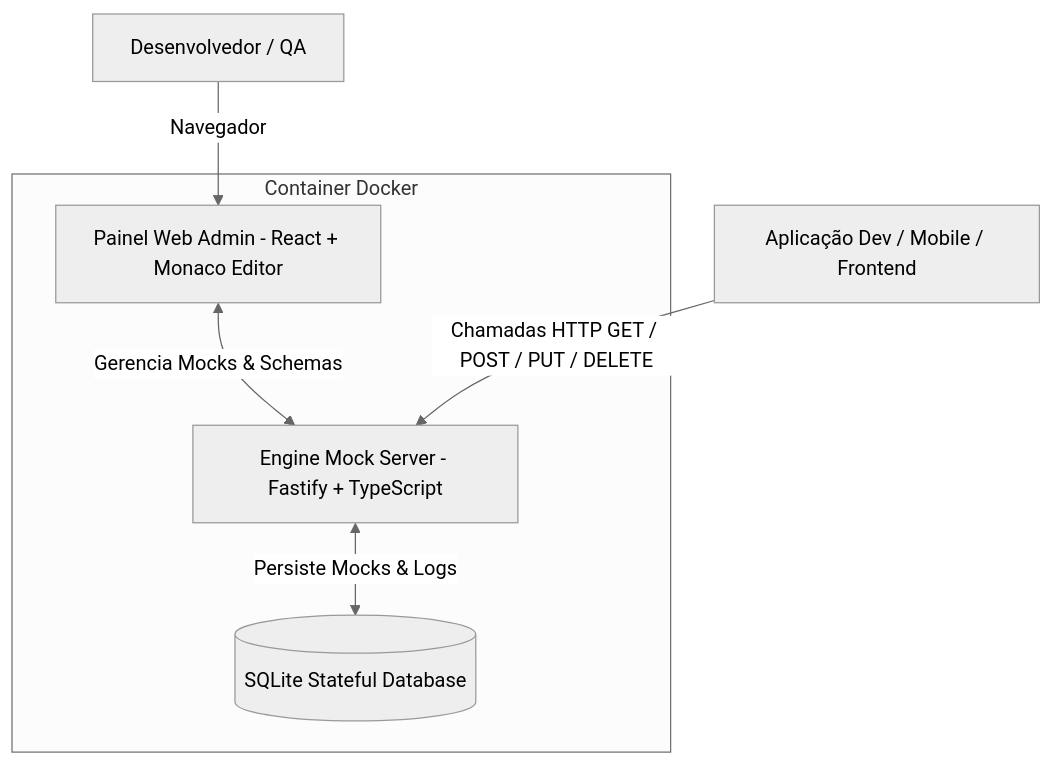
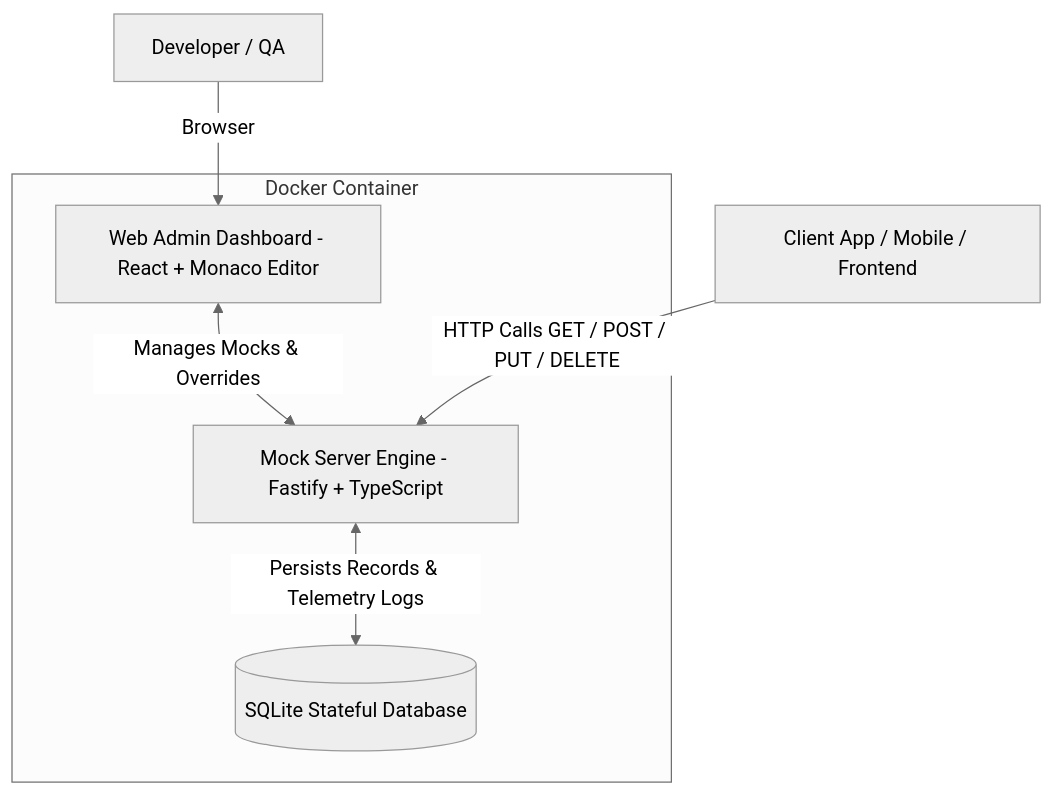
The diagram in README.md (viniciusfurtado/mockforge), drawn with Mermaid (neutral theme) before and after one commit. The commit also changed other lines of this file and 2 other files, not shown here.

````diff
--- a/README.md
+++ b/README.md
@@ -14,14 +19,14 @@
 ```mermaid
 flowchart TD
-    subgraph Container [Container Docker]
-        UI[Painel Web Admin - React + Monaco Editor]
-        API[Engine Mock Server - Fastify + TypeScript]
+    subgraph Container [Docker Container]
+        UI[Web Admin Dashboard - React + Monaco Editor]
+        API[Mock Server Engine - Fastify + TypeScript]
         DB[(SQLite Stateful Database)]
         
-        UI <-->|Gerencia Mocks & Schemas| API
-        API <-->|Persiste Mocks & Logs| DB
+        UI <-->|Manages Mocks & Overrides| API
+        API <-->|Persists Records & Telemetry Logs| DB
     end
 
-    Dev[Desenvolvedor / QA] -->|Navegador| UI
-    App[Aplicação Dev / Mobile / Frontend] -->|Chamadas HTTP GET / POST / PUT / DELETE| API
+    Dev[Developer / QA] -->|Browser| UI
+    App[Client App / Mobile / Frontend] -->|HTTP Calls GET / POST / PUT / DELETE| API
 ```
````
